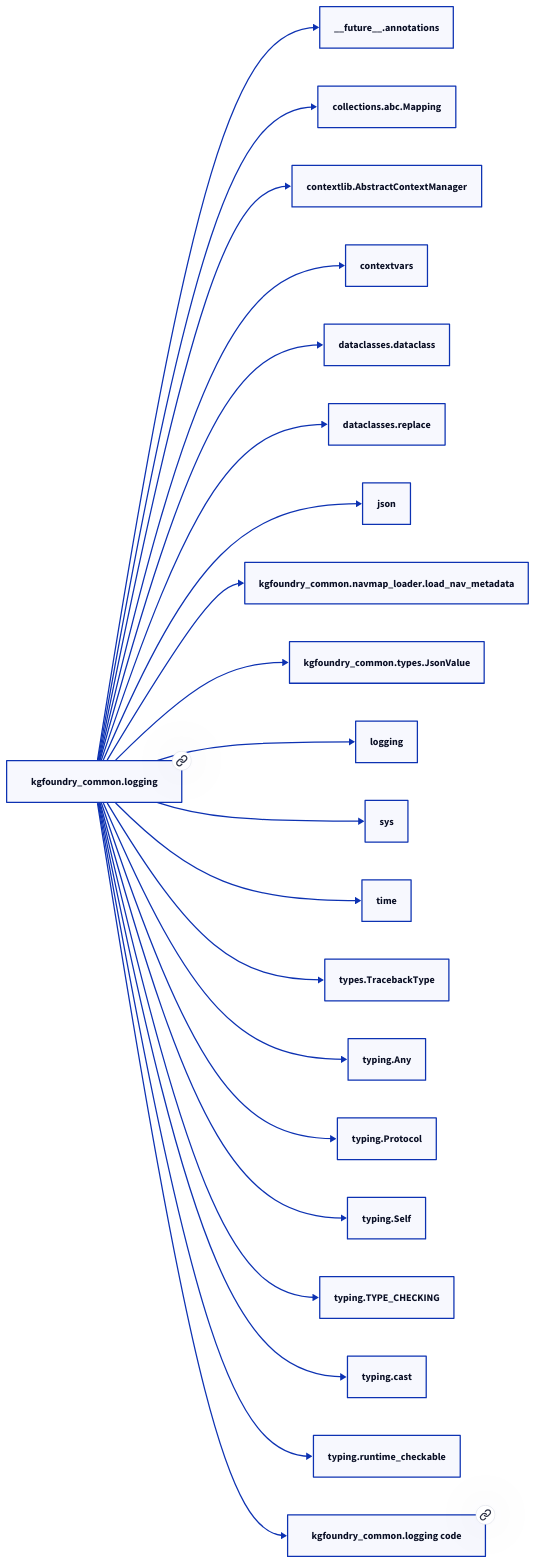
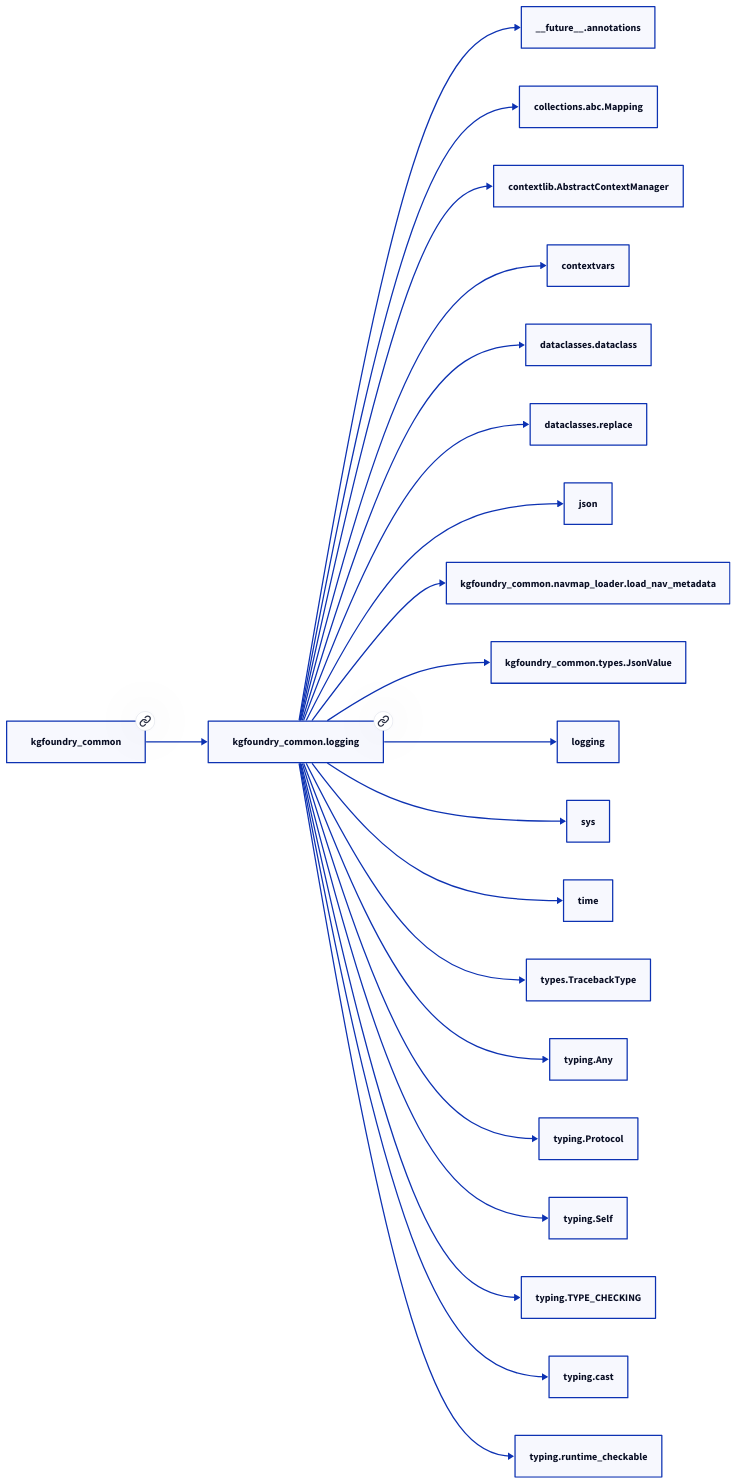
One commit to paul-heyse/kgforge changed the second of 2 diagrams in docs/modules/kgfoundry_common/logging.md. Above: the diagram before and after it, drawn with D2. The commit also changed other lines of this file and 208 other files, not shown here.

````diff
--- a/docs/modules/kgfoundry_common/logging.md
+++ b/docs/modules/kgfoundry_common/logging.md
@@ -118,44 +122,44 @@
 ```d2
 direction: right
-"kgfoundry_common.logging": "kgfoundry_common.logging" { link: "./kgfoundry_common/logging.md" }
+"kgfoundry_common.logging": "kgfoundry_common.logging" { link: "https://github.com/paul-heyse/kgfoundry/blob/main/src/kgfoundry_common/logging.py" }
 "__future__.annotations": "__future__.annotations"
 "kgfoundry_common.logging" -> "__future__.annotations"
 "collections.abc.Mapping": "collections.abc.Mapping"
 "kgfoundry_common.logging" -> "collections.abc.Mapping"
 "contextlib.AbstractContextManager": "contextlib.AbstractContextManager"
 "kgfoundry_common.logging" -> "contextlib.AbstractContextManager"
 "contextvars": "contextvars"
 "kgfoundry_common.logging" -> "contextvars"
 "dataclasses.dataclass": "dataclasses.dataclass"
 "kgfoundry_common.logging" -> "dataclasses.dataclass"
 "dataclasses.replace": "dataclasses.replace"
 "kgfoundry_common.logging" -> "dataclasses.replace"
 "json": "json"
 "kgfoundry_common.logging" -> "json"
 "kgfoundry_common.navmap_loader.load_nav_metadata": "kgfoundry_common.navmap_loader.load_nav_metadata"
 "kgfoundry_common.logging" -> "kgfoundry_common.navmap_loader.load_nav_metadata"
 "kgfoundry_common.types.JsonValue": "kgfoundry_common.types.JsonValue"
 "kgfoundry_common.logging" -> "kgfoundry_common.types.JsonValue"
 "logging": "logging"
 "kgfoundry_common.logging" -> "logging"
 "sys": "sys"
 "kgfoundry_common.logging" -> "sys"
 "time": "time"
 "kgfoundry_common.logging" -> "time"
 "types.TracebackType": "types.TracebackType"
 "kgfoundry_common.logging" -> "types.TracebackType"
 "typing.Any": "typing.Any"
 "kgfoundry_common.logging" -> "typing.Any"
 "typing.Protocol": "typing.Protocol"
 "kgfoundry_common.logging" -> "typing.Protocol"
 "typing.Self": "typing.Self"
 "kgfoundry_common.logging" -> "typing.Self"
 "typing.TYPE_CHECKING": "typing.TYPE_CHECKING"
 "kgfoundry_common.logging" -> "typing.TYPE_CHECKING"
 "typing.cast": "typing.cast"
 "kgfoundry_common.logging" -> "typing.cast"
 "typing.runtime_checkable": "typing.runtime_checkable"
 "kgfoundry_common.logging" -> "typing.runtime_checkable"
-"kgfoundry_common.logging_code": "kgfoundry_common.logging code" { link: "https://github.com/kgfoundry/kgfoundry/blob/main/src/kgfoundry_common/logging.py" }
-"kgfoundry_common.logging" -> "kgfoundry_common.logging_code" { style: dashed }
+"kgfoundry_common": "kgfoundry_common" { link: "https://github.com/paul-heyse/kgfoundry/blob/main/src/kgfoundry_common/__init__.py" }
+"kgfoundry_common" -> "kgfoundry_common.logging" { style: dashed }
 ```
````
